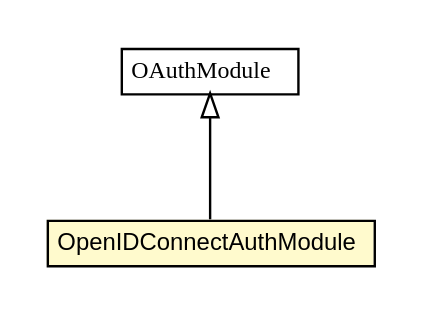
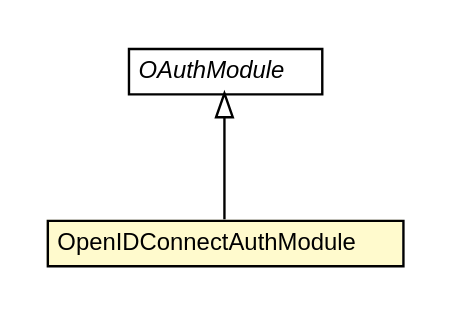
Before and after one commit to trajano/server-auth-modules: the diagram in apidocs/net/trajano/auth/OpenIDConnectAuthModule.dot, drawn with Graphviz. The commit also changed 177 other files, not shown here.

```diff
--- a/apidocs/net/trajano/auth/OpenIDConnectAuthModule.dot
+++ b/apidocs/net/trajano/auth/OpenIDConnectAuthModule.dot
@@ -1,26 +1,26 @@
 #!/usr/local/bin/dot
 #
 # Class diagram 
 # Generated by UMLGraph version R5_6-24-gf6e263 (http://www.umlgraph.org/)
 #
 
 digraph G {
-	edge [fontname="arial",fontsize=10,labelfontname="arial",labelfontsize=10];
-	node [fontname="arial",fontsize=10,shape=plaintext];
+	edge [fontname="Helvetica",fontsize=10,labelfontname="Helvetica",labelfontsize=10];
+	node [fontname="Helvetica",fontsize=10,shape=plaintext];
 	nodesep=0.25;
 	ranksep=0.5;
+	// net.trajano.auth.OAuthModule
+	c95 [label=<<table title="net.trajano.auth.OAuthModule" border="0" cellborder="1" cellspacing="0" cellpadding="2" port="p" href="./OAuthModule.html">
+		<tr><td><table border="0" cellspacing="0" cellpadding="1">
+<tr><td align="center" balign="center"><font face="Helvetica-Oblique"> OAuthModule </font></td></tr>
+		</table></td></tr>
+		</table>>, URL="./OAuthModule.html", fontname="Helvetica", fontcolor="black", fontsize=10.0];
 	// net.trajano.auth.OpenIDConnectAuthModule
-	c94 [label=<<table title="net.trajano.auth.OpenIDConnectAuthModule" border="0" cellborder="1" cellspacing="0" cellpadding="2" port="p" bgcolor="lemonChiffon" href="./OpenIDConnectAuthModule.html">
+	c96 [label=<<table title="net.trajano.auth.OpenIDConnectAuthModule" border="0" cellborder="1" cellspacing="0" cellpadding="2" port="p" bgcolor="lemonChiffon" href="./OpenIDConnectAuthModule.html">
 		<tr><td><table border="0" cellspacing="0" cellpadding="1">
 <tr><td align="center" balign="center"> OpenIDConnectAuthModule </td></tr>
 		</table></td></tr>
-		</table>>, URL="./OpenIDConnectAuthModule.html", fontname="arial", fontcolor="black", fontsize=10.0];
-	// net.trajano.auth.OAuthModule
-	c95 [label=<<table title="net.trajano.auth.OAuthModule" border="0" cellborder="1" cellspacing="0" cellpadding="2" port="p" href="./OAuthModule.html">
-		<tr><td><table border="0" cellspacing="0" cellpadding="1">
-<tr><td align="center" balign="center"><font face="arial italic"> OAuthModule </font></td></tr>
-		</table></td></tr>
-		</table>>, URL="./OAuthModule.html", fontname="arial", fontcolor="black", fontsize=10.0];
+		</table>>, URL="./OpenIDConnectAuthModule.html", fontname="Helvetica", fontcolor="black", fontsize=10.0];
 	//net.trajano.auth.OpenIDConnectAuthModule extends net.trajano.auth.OAuthModule
-	c95:p -> c94:p [dir=back,arrowtail=empty];
+	c95:p -> c96:p [dir=back,arrowtail=empty];
 }
```
